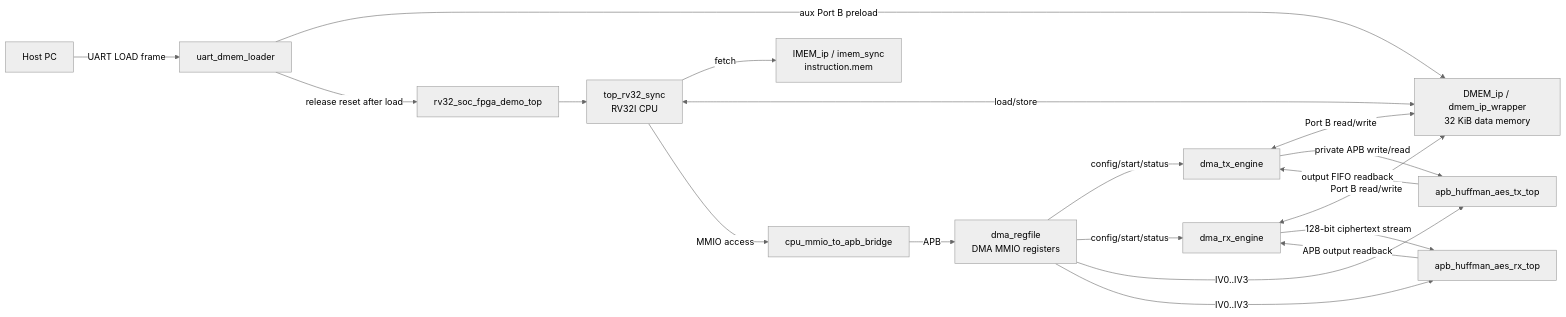
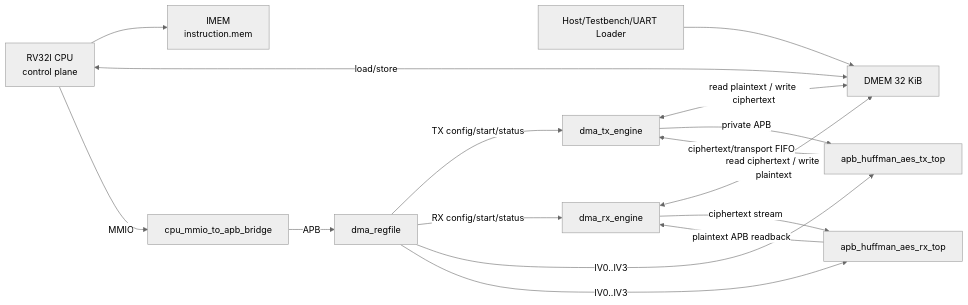
One commit to ngoquocan139/AES_huffman_all6 changed the first of 3 diagrams in docs/00_current_system_spec.md. Above: the diagram before and after it, drawn with Mermaid (neutral theme). The commit also changed other lines of this file and 273 other files, not shown here.

````diff
--- a/docs/00_current_system_spec.md
+++ b/docs/00_current_system_spec.md
@@ -43,39 +55,21 @@
 ```mermaid
 flowchart LR
-  HOST["Host PC"]
-  UART["uart_dmem_loader"]
-  TOP["rv32_soc_fpga_demo_top"]
-  CPU["top_rv32_sync\nRV32I CPU"]
-  IMEM["IMEM_ip / imem_sync\ninstruction.mem"]
-  DMEM["DMEM_ip / dmem_ip_wrapper\n32 KiB data memory"]
-  BRIDGE["cpu_mmio_to_apb_bridge"]
-  REG["dma_regfile\nDMA MMIO registers"]
-  TXDMA["dma_tx_engine"]
-  RXDMA["dma_rx_engine"]
-  TXTOP["apb_huffman_aes_tx_top"]
-  RXTOP["apb_huffman_aes_rx_top"]
+  HOST["Host/Testbench/UART Loader"] --> DMEM["DMEM 32 KiB"]
+  CPU["RV32I CPU\ncontrol plane"] --> IMEM["IMEM\ninstruction.mem"]
+  CPU <-->|"load/store"| DMEM
+  CPU -->|"MMIO"| BR["cpu_mmio_to_apb_bridge"]
+  BR -->|"APB"| REG["dma_regfile"]
 
-  HOST -->|"UART LOAD frame"| UART
-  UART -->|"aux Port B preload"| DMEM
-  UART -->|"release reset after load"| TOP
-  TOP --> CPU
+  REG -->|"TX config/start/status"| TXDMA["dma_tx_engine"]
+  REG -->|"RX config/start/status"| RXDMA["dma_rx_engine"]
+  REG -->|"IV0..IV3"| TX["apb_huffman_aes_tx_top"]
+  REG -->|"IV0..IV3"| RX["apb_huffman_aes_rx_top"]
 
-  CPU -->|"fetch"| IMEM
-  CPU <-->|"load/store"| DMEM
-  CPU -->|"MMIO access"| BRIDGE
-  BRIDGE -->|"APB"| REG
+  TXDMA <-->|"read plaintext / write ciphertext"| DMEM
+  TXDMA -->|"private APB"| TX
+  TX -->|"ciphertext/transport FIFO"| TXDMA
 
-  REG -->|"config/start/status"| TXDMA
-  REG -->|"config/start/status"| RXDMA
-  REG -->|"IV0..IV3"| TXTOP
-  REG -->|"IV0..IV3"| RXTOP
-
-  TXDMA <-->|"Port B read/write"| DMEM
-  RXDMA <-->|"Port B read/write"| DMEM
-
-  TXDMA -->|"private APB write/read"| TXTOP
-  TXTOP -->|"output FIFO readback"| TXDMA
-
-  RXDMA -->|"128-bit ciphertext stream"| RXTOP
-  RXTOP -->|"APB output readback"| RXDMA
+  RXDMA <-->|"read ciphertext / write plaintext"| DMEM
+  RXDMA -->|"ciphertext stream"| RX
+  RX -->|"plaintext APB readback"| RXDMA
 ```
````
